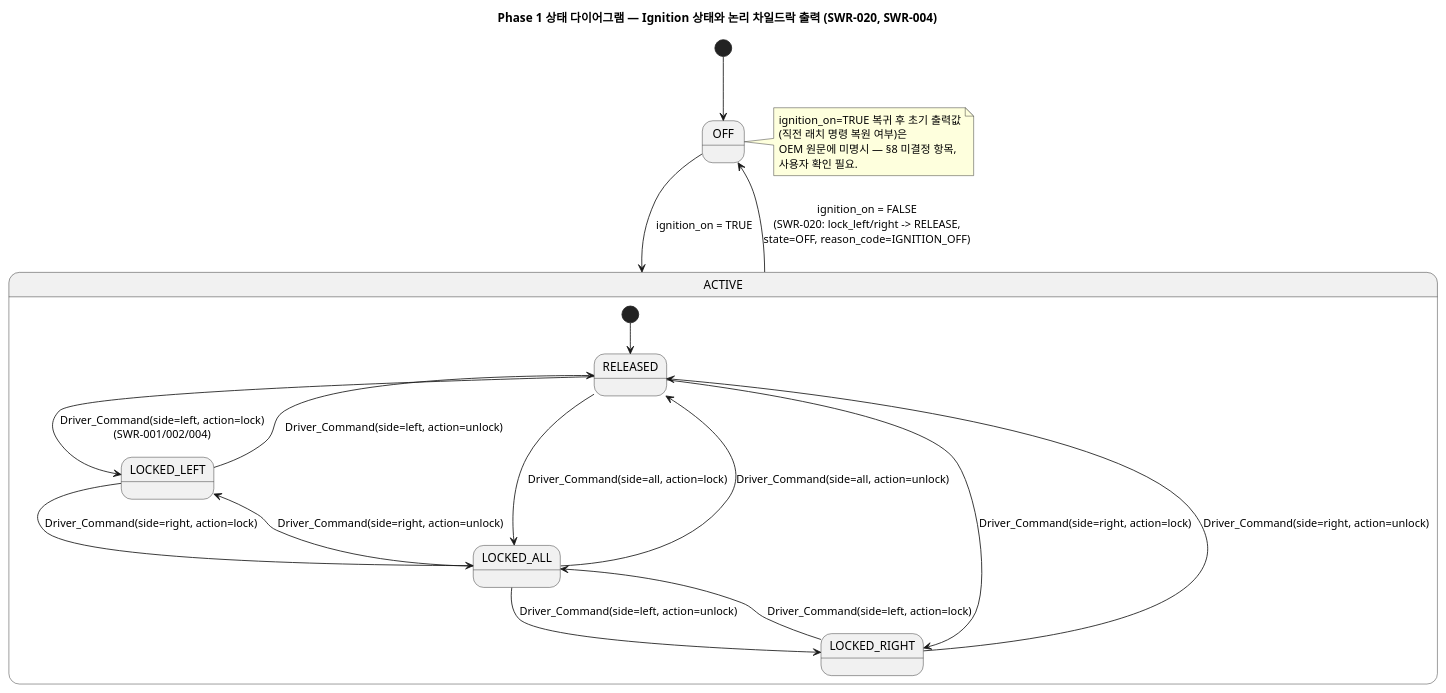
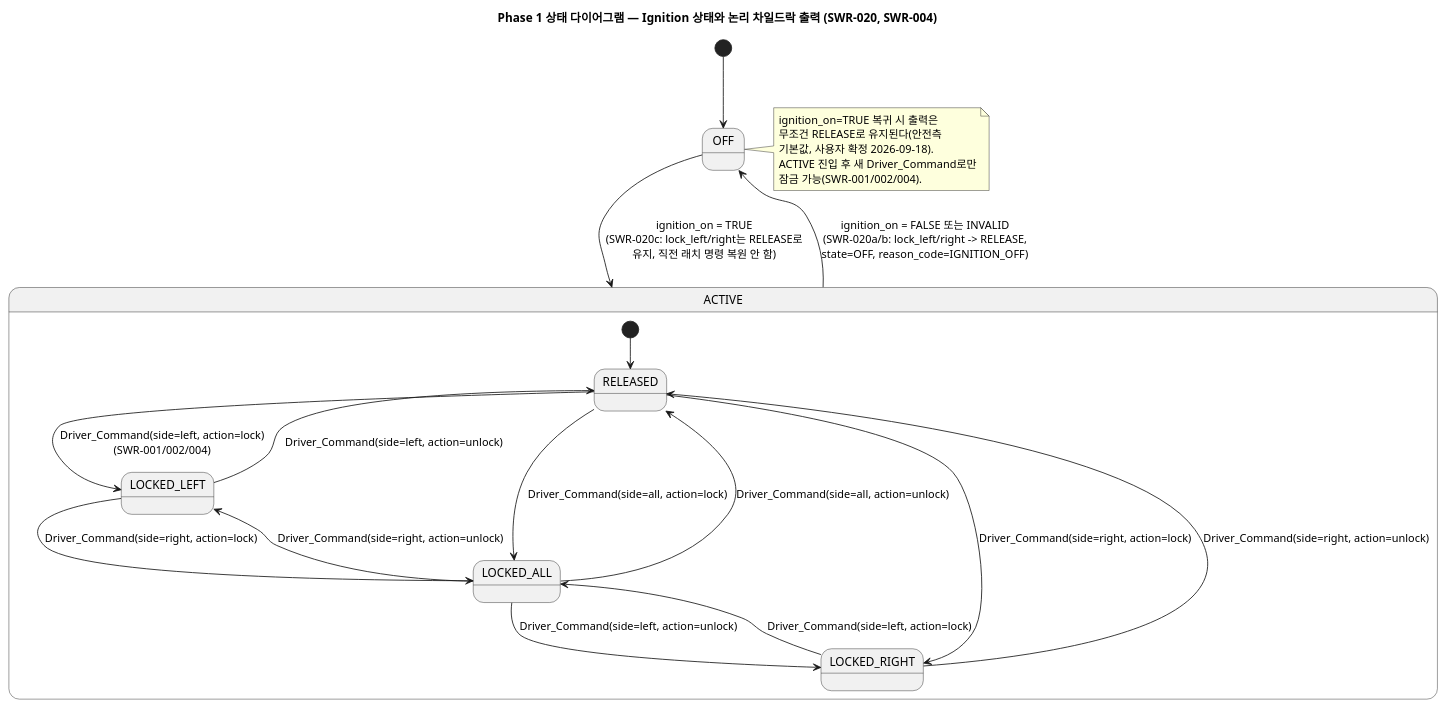
Before and after one commit to jameshlee89/NGV_AI_Edu: the diagram in VJ-ECL-2026/docs/SoftwareRequirementsAnalysis/SWR-PH1_state-ignition.puml, drawn with PlantUML. The commit also changed 1 other file, not shown here.

Commit message:
Phase 1: resolve open requirements questions, add missing SWR-020 text
- SWR-020 요구사항 본문(EARS a/b/c)이 초안에서 누락되어 있던 것을 추가:
  진입(ignition off), 지속(off/INVALID 유지), 재전환(on 복귀 시 RELEASE
  유지, 래치 복원 안 함) 세 조건을 명시
- §8 미결정 사항 3건을 사용자 확인 답변으로 확정 반영 (재전환 시 RELEASE
  유지, 평가주기당 명령 1건 가정, ignition INVALID를 FALSE와 동일 처리)
- 검토자/승인자를 사용자 본인으로 지정, 관련 다이어그램 주석 갱신

```diff
--- a/VJ-ECL-2026/docs/SoftwareRequirementsAnalysis/SWR-PH1_state-ignition.puml
+++ b/VJ-ECL-2026/docs/SoftwareRequirementsAnalysis/SWR-PH1_state-ignition.puml
@@ -1,29 +1,30 @@
 @startuml SWR-PH1_state-ignition
 title Phase 1 상태 다이어그램 — Ignition 상태와 논리 차일드락 출력 (SWR-020, SWR-004)
 
 [*] --> OFF
 
-OFF --> ACTIVE : ignition_on = TRUE
-ACTIVE --> OFF : ignition_on = FALSE\n(SWR-020: lock_left/right -> RELEASE,\nstate=OFF, reason_code=IGNITION_OFF)
+OFF --> ACTIVE : ignition_on = TRUE\n(SWR-020c: lock_left/right는 RELEASE로\n유지, 직전 래치 명령 복원 안 함)
+ACTIVE --> OFF : ignition_on = FALSE 또는 INVALID\n(SWR-020a/b: lock_left/right -> RELEASE,\nstate=OFF, reason_code=IGNITION_OFF)
 
 state ACTIVE {
   [*] --> RELEASED
   RELEASED --> LOCKED_LEFT : Driver_Command(side=left, action=lock)\n(SWR-001/002/004)
   RELEASED --> LOCKED_RIGHT : Driver_Command(side=right, action=lock)
   RELEASED --> LOCKED_ALL : Driver_Command(side=all, action=lock)
   LOCKED_LEFT --> RELEASED : Driver_Command(side=left, action=unlock)
   LOCKED_RIGHT --> RELEASED : Driver_Command(side=right, action=unlock)
   LOCKED_ALL --> RELEASED : Driver_Command(side=all, action=unlock)
   LOCKED_LEFT --> LOCKED_ALL : Driver_Command(side=right, action=lock)
   LOCKED_RIGHT --> LOCKED_ALL : Driver_Command(side=left, action=lock)
   LOCKED_ALL --> LOCKED_RIGHT : Driver_Command(side=left, action=unlock)
   LOCKED_ALL --> LOCKED_LEFT : Driver_Command(side=right, action=unlock)
 }
 
 note right of OFF
-  ignition_on=TRUE 복귀 후 초기 출력값
-  (직전 래치 명령 복원 여부)은
-  OEM 원문에 미명시 — §8 미결정 항목,
-  사용자 확인 필요.
+  ignition_on=TRUE 복귀 시 출력은
+  무조건 RELEASE로 유지된다(안전측
+  기본값, 사용자 확정 2026-09-18).
+  ACTIVE 진입 후 새 Driver_Command로만
+  잠금 가능(SWR-001/002/004).
 end note
 @enduml
```
